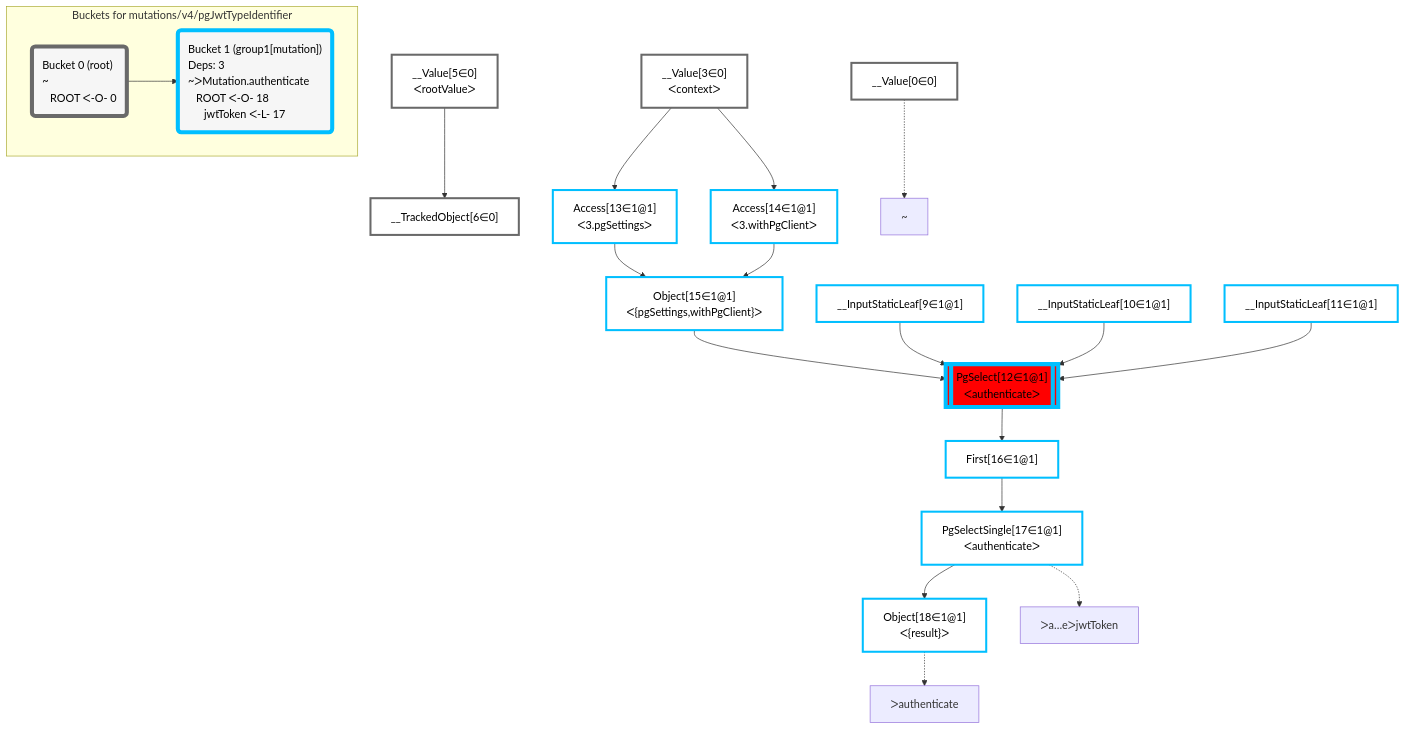
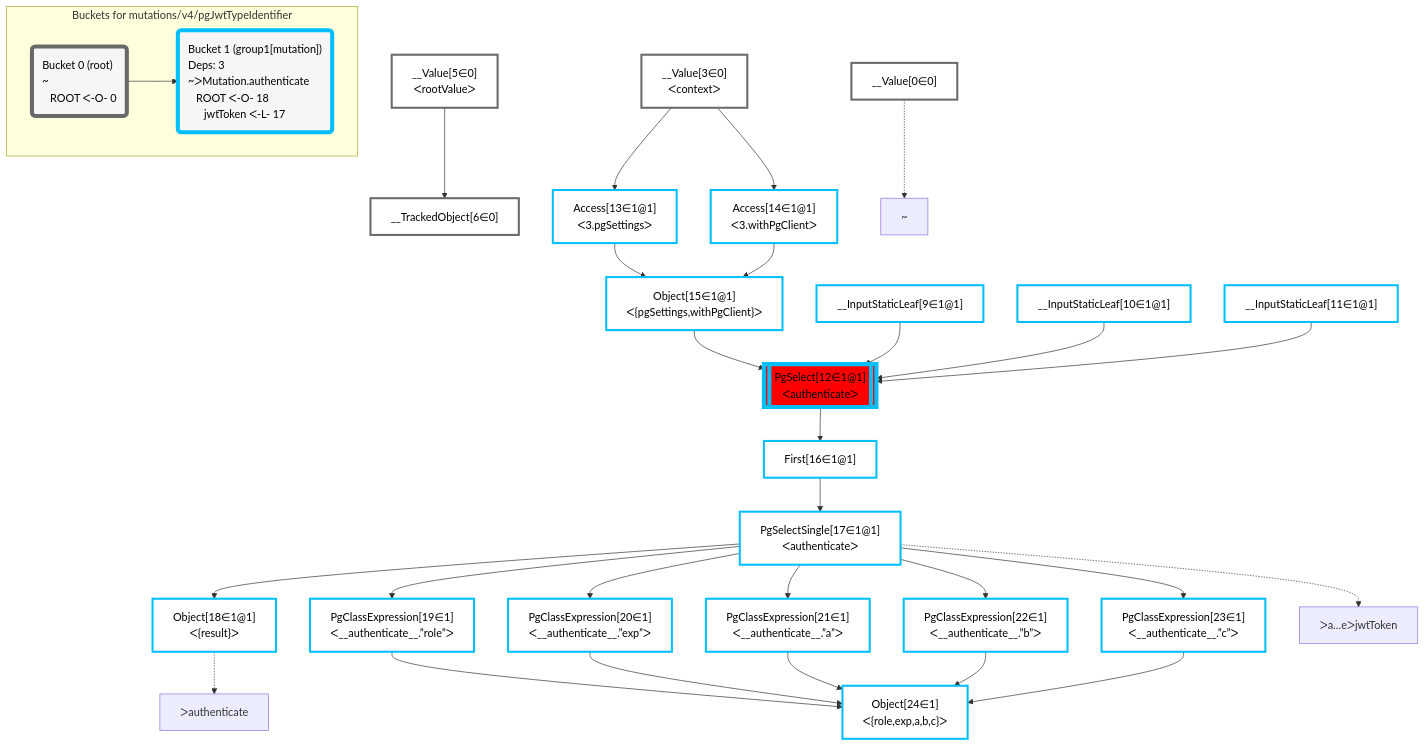
One commit to graphile/crystal changed the diagram in packages/postgraphile/__tests__/mutations/v4/pgJwtTypeIdentifier.mermaid. Above: the diagram before and after it, drawn with Mermaid. The commit also changed 1 other file, not shown here.

```diff
--- a/packages/postgraphile/__tests__/mutations/v4/pgJwtTypeIdentifier.mermaid
+++ b/packages/postgraphile/__tests__/mutations/v4/pgJwtTypeIdentifier.mermaid
@@ -1,51 +1,63 @@
 graph TD
     classDef path fill:#eee,stroke:#000,color:#000
     classDef plan fill:#fff,stroke-width:3px,color:#000
     classDef itemplan fill:#fff,stroke-width:6px,color:#000
     classDef sideeffectplan fill:#f00,stroke-width:6px,color:#000
     classDef bucket fill:#f6f6f6,color:#000,stroke-width:6px,text-align:left
 
 
     %% define plans
     __Value0["__Value[0∈0]"]:::plan
     __Value3["__Value[3∈0]<br />ᐸcontextᐳ"]:::plan
     __Value5["__Value[5∈0]<br />ᐸrootValueᐳ"]:::plan
     __TrackedObject6["__TrackedObject[6∈0]"]:::plan
     __InputStaticLeaf9["__InputStaticLeaf[9∈1@1]"]:::plan
     __InputStaticLeaf10["__InputStaticLeaf[10∈1@1]"]:::plan
     __InputStaticLeaf11["__InputStaticLeaf[11∈1@1]"]:::plan
     Access13["Access[13∈1@1]<br />ᐸ3.pgSettingsᐳ"]:::plan
     Access14["Access[14∈1@1]<br />ᐸ3.withPgClientᐳ"]:::plan
     Object15["Object[15∈1@1]<br />ᐸ{pgSettings,withPgClient}ᐳ"]:::plan
     PgSelect12[["PgSelect[12∈1@1]<br />ᐸauthenticateᐳ"]]:::sideeffectplan
     First16["First[16∈1@1]"]:::plan
     PgSelectSingle17["PgSelectSingle[17∈1@1]<br />ᐸauthenticateᐳ"]:::plan
     Object18["Object[18∈1@1]<br />ᐸ{result}ᐳ"]:::plan
+    PgClassExpression19["PgClassExpression[19∈1]<br />ᐸ__authenticate__.”role”ᐳ"]:::plan
+    PgClassExpression20["PgClassExpression[20∈1]<br />ᐸ__authenticate__.”exp”ᐳ"]:::plan
+    PgClassExpression21["PgClassExpression[21∈1]<br />ᐸ__authenticate__.”a”ᐳ"]:::plan
+    PgClassExpression22["PgClassExpression[22∈1]<br />ᐸ__authenticate__.”b”ᐳ"]:::plan
+    PgClassExpression23["PgClassExpression[23∈1]<br />ᐸ__authenticate__.”c”ᐳ"]:::plan
+    Object24["Object[24∈1]<br />ᐸ{role,exp,a,b,c}ᐳ"]:::plan
 
     %% plan dependencies
     __Value5 --> __TrackedObject6
     __Value3 --> Access13
     __Value3 --> Access14
     Access13 & Access14 --> Object15
     Object15 & __InputStaticLeaf9 & __InputStaticLeaf10 & __InputStaticLeaf11 --> PgSelect12
     PgSelect12 --> First16
     First16 --> PgSelectSingle17
     PgSelectSingle17 --> Object18
+    PgSelectSingle17 --> PgClassExpression19
+    PgSelectSingle17 --> PgClassExpression20
+    PgSelectSingle17 --> PgClassExpression21
+    PgSelectSingle17 --> PgClassExpression22
+    PgSelectSingle17 --> PgClassExpression23
+    PgClassExpression19 & PgClassExpression20 & PgClassExpression21 & PgClassExpression22 & PgClassExpression23 --> Object24
 
     %% plan-to-path relationships
     P0["~"]
     __Value0 -.-> P0
     P17["ᐳa…eᐳjwtToken"]
     PgSelectSingle17 -.-> P17
     P18["ᐳauthenticate"]
     Object18 -.-> P18
 
     subgraph "Buckets for mutations/v4/pgJwtTypeIdentifier"
     Bucket0("Bucket 0 (root)<br />~<br />⠀ROOT ᐸ-O- 0"):::bucket
     classDef bucket0 stroke:#696969
     class Bucket0,__Value0,__Value3,__Value5,__TrackedObject6 bucket0
     Bucket1("Bucket 1 (group1[mutation])<br />Deps: 3<br />~ᐳMutation.authenticate<br />⠀ROOT ᐸ-O- 18<br />⠀⠀jwtToken ᐸ-L- 17"):::bucket
     classDef bucket1 stroke:#00bfff
-    class Bucket1,__InputStaticLeaf9,__InputStaticLeaf10,__InputStaticLeaf11,PgSelect12,Access13,Access14,Object15,First16,PgSelectSingle17,Object18 bucket1
+    class Bucket1,__InputStaticLeaf9,__InputStaticLeaf10,__InputStaticLeaf11,PgSelect12,Access13,Access14,Object15,First16,PgSelectSingle17,Object18,PgClassExpression19,PgClassExpression20,PgClassExpression21,PgClassExpression22,PgClassExpression23,Object24 bucket1
     Bucket0 --> Bucket1
     end
```
